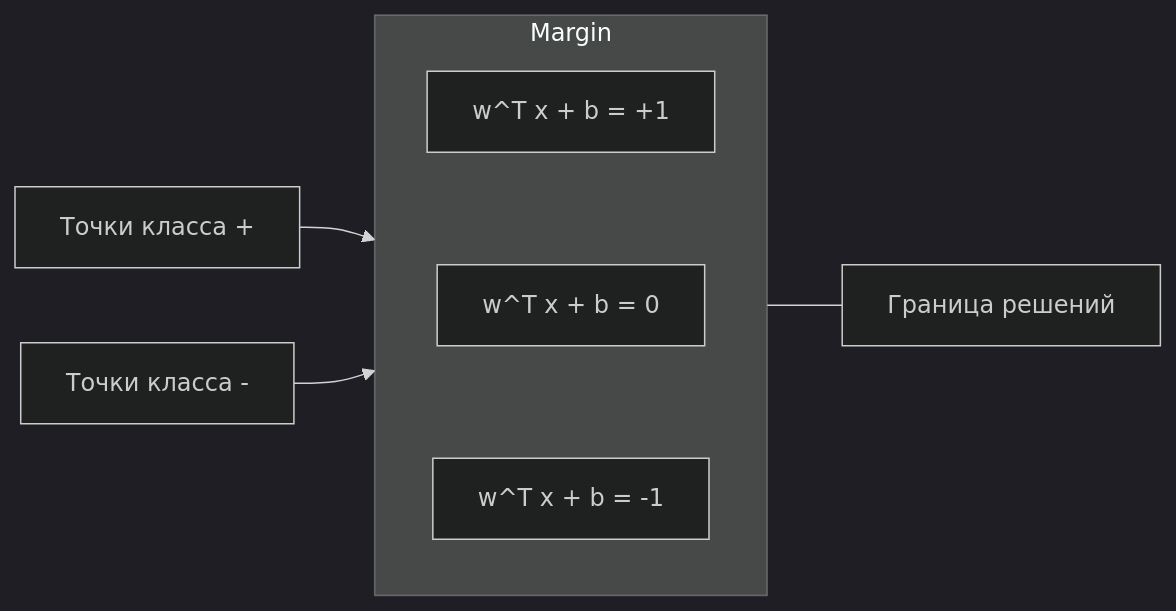
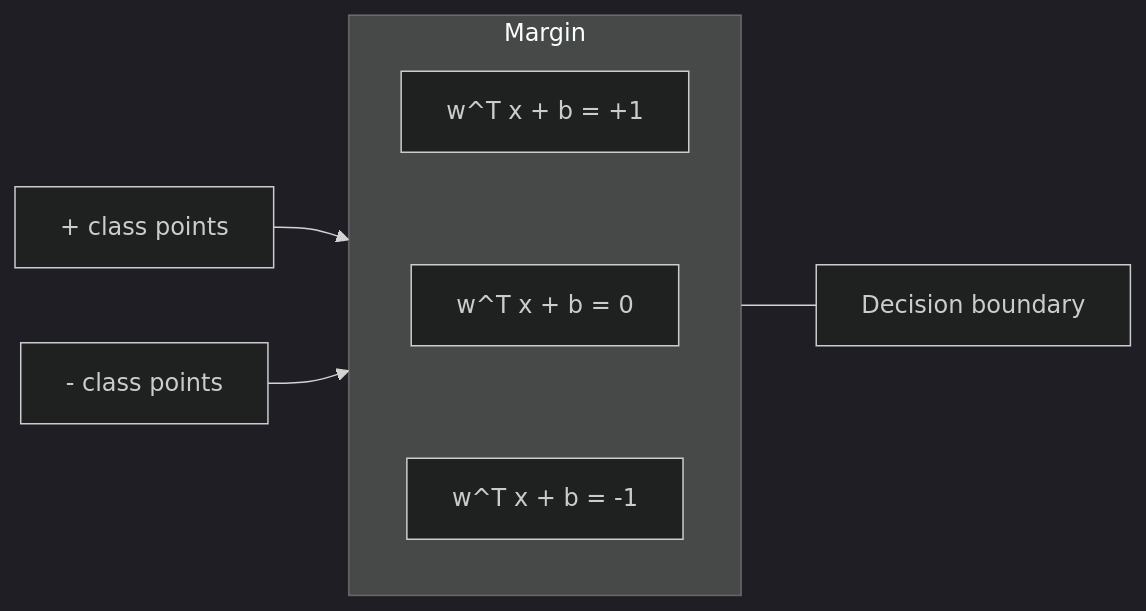
Before and after one commit to stabuev/ai-engineering-from-scratch: the first of 3 diagrams in phases/02-ml-fundamentals/05-support-vector-machines/docs/ru.md, drawn with Mermaid (dark theme). The commit also changed other lines of this file and 182 other files, not shown here.

````diff
--- a/phases/02-ml-fundamentals/05-support-vector-machines/docs/ru.md
+++ b/phases/02-ml-fundamentals/05-support-vector-machines/docs/ru.md
@@ -41,10 +41,10 @@
 ```mermaid
 graph LR
     subgraph Margin
         direction TB
         A["w^T x + b = +1"] ~~~ B["w^T x + b = 0"] ~~~ C["w^T x + b = -1"]
     end
-    D["Точки класса +"] --> A
-    E["Точки класса -"] --> C
-    B --- F["Граница решений"]
+    D["+ class points"] --> A
+    E["- class points"] --> C
+    B --- F["Decision boundary"]
 ```
````
